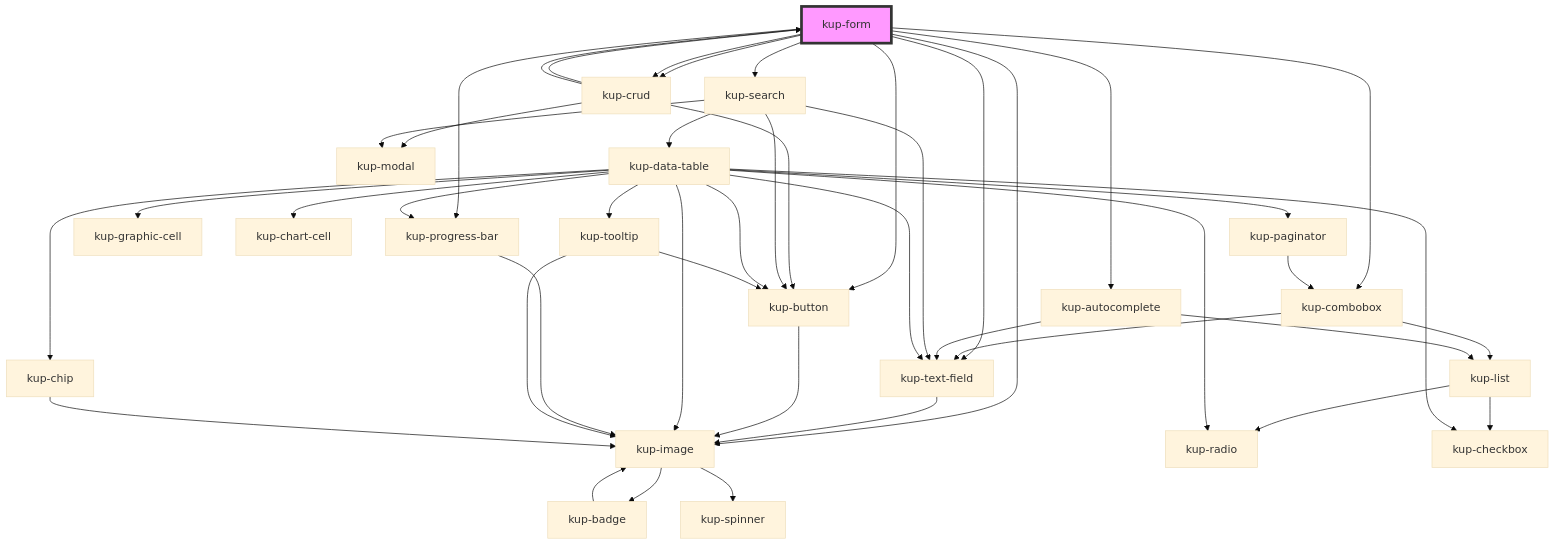
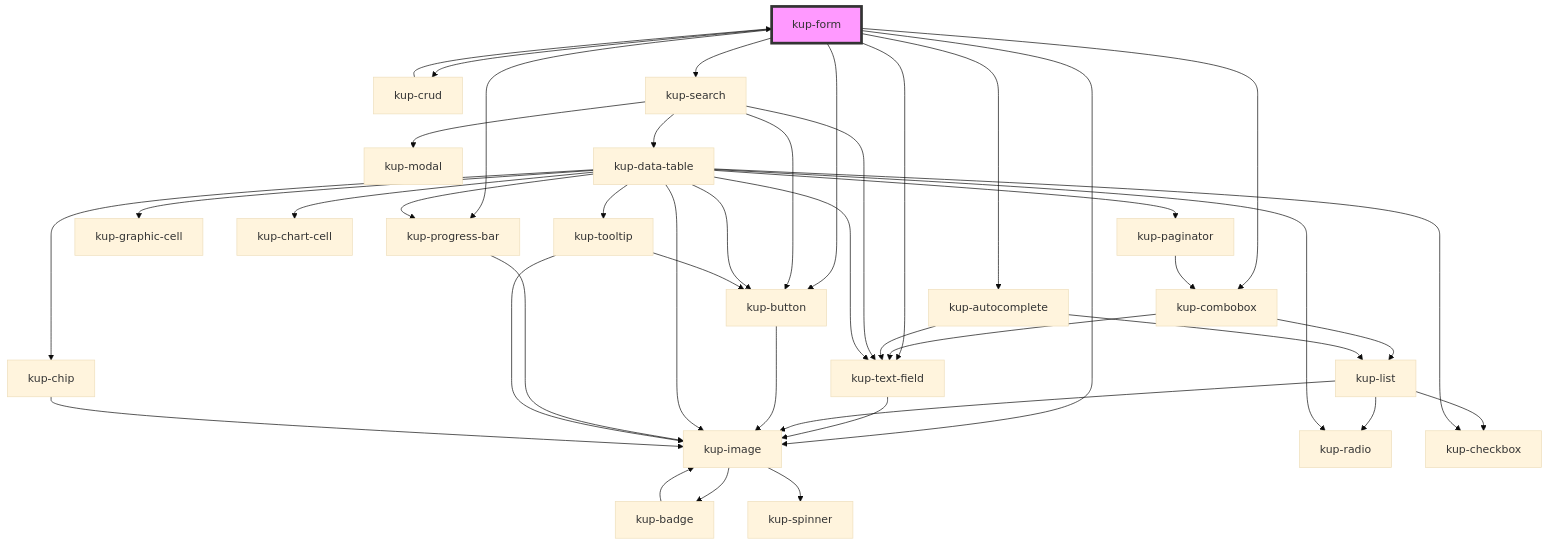
One commit to smeup/ketchup changed the diagram in packages/ketchup/src/components/kup-form/readme.md. Above: the diagram before and after it, drawn with Mermaid (base theme). The commit also changed other lines of this file and 16 other files, not shown here.

Commit message:
Fixes to image in list and showcase integration.

````diff
--- a/packages/ketchup/src/components/kup-form/readme.md
+++ b/packages/ketchup/src/components/kup-form/readme.md
@@ -132,48 +131,45 @@
 ```mermaid
 graph TD;
   kup-form --> kup-combobox
   kup-form --> kup-crud
   kup-form --> kup-autocomplete
   kup-form --> kup-search
   kup-form --> kup-image
   kup-form --> kup-progress-bar
   kup-form --> kup-text-field
   kup-form --> kup-button
-  kup-form --> kup-crud
   kup-combobox --> kup-text-field
   kup-combobox --> kup-list
   kup-text-field --> kup-image
   kup-image --> kup-badge
   kup-image --> kup-spinner
   kup-badge --> kup-image
+  kup-list --> kup-image
   kup-list --> kup-radio
   kup-list --> kup-checkbox
-  kup-crud --> kup-button
-  kup-crud --> kup-modal
-  kup-crud --> kup-form
   kup-crud --> kup-form
   kup-button --> kup-image
   kup-autocomplete --> kup-text-field
   kup-autocomplete --> kup-list
   kup-search --> kup-text-field
   kup-search --> kup-button
   kup-search --> kup-modal
   kup-search --> kup-data-table
   kup-data-table --> kup-checkbox
   kup-data-table --> kup-text-field
   kup-data-table --> kup-image
   kup-data-table --> kup-button
   kup-data-table --> kup-graphic-cell
   kup-data-table --> kup-chart-cell
   kup-data-table --> kup-progress-bar
   kup-data-table --> kup-radio
   kup-data-table --> kup-tooltip
   kup-data-table --> kup-paginator
   kup-data-table --> kup-chip
   kup-progress-bar --> kup-image
   kup-tooltip --> kup-button
   kup-tooltip --> kup-image
   kup-paginator --> kup-combobox
   kup-chip --> kup-image
   style kup-form fill:#f9f,stroke:#333,stroke-width:4px
 ```
````
